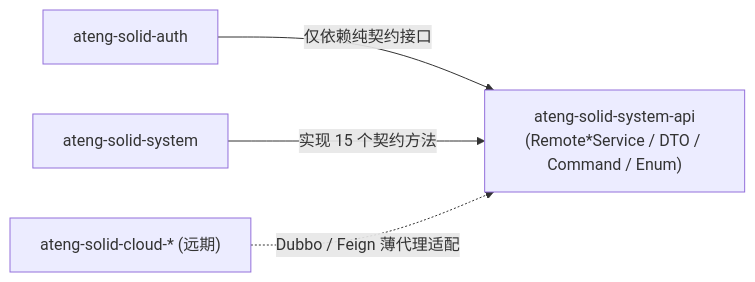
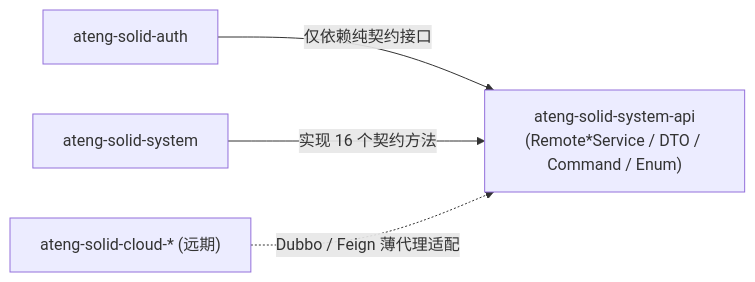
One commit to atengk/ateng-solid-server changed the diagram in ateng-solid-system-api/README.md. Above: the diagram before and after it, drawn with Mermaid. The commit also changed other lines of this file and 47 other files, not shown here.

````diff
--- a/ateng-solid-system-api/README.md
+++ b/ateng-solid-system-api/README.md
@@ -39,6 +39,6 @@
 ```mermaid
 flowchart LR
     AUTH["ateng-solid-auth"] -->|"仅依赖纯契约接口"| API["ateng-solid-system-api<br/>(Remote*Service / DTO / Command / Enum)"]
-    SYS["ateng-solid-system"] -->|"实现 15 个契约方法"| API
+    SYS["ateng-solid-system"] -->|"实现 16 个契约方法"| API
     CLOUD["ateng-solid-cloud-* (远期)"] -.->|"Dubbo / Feign 薄代理适配"| API
 ```
````
